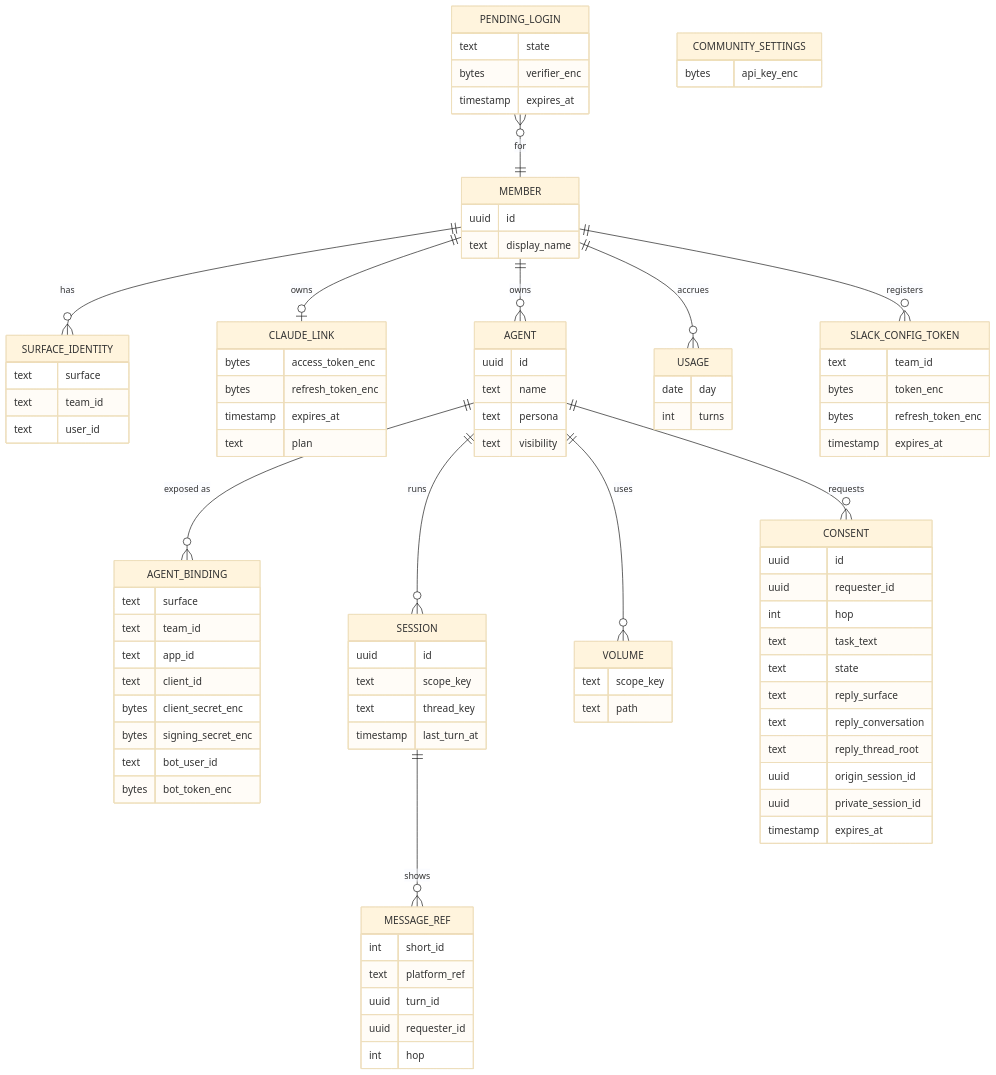
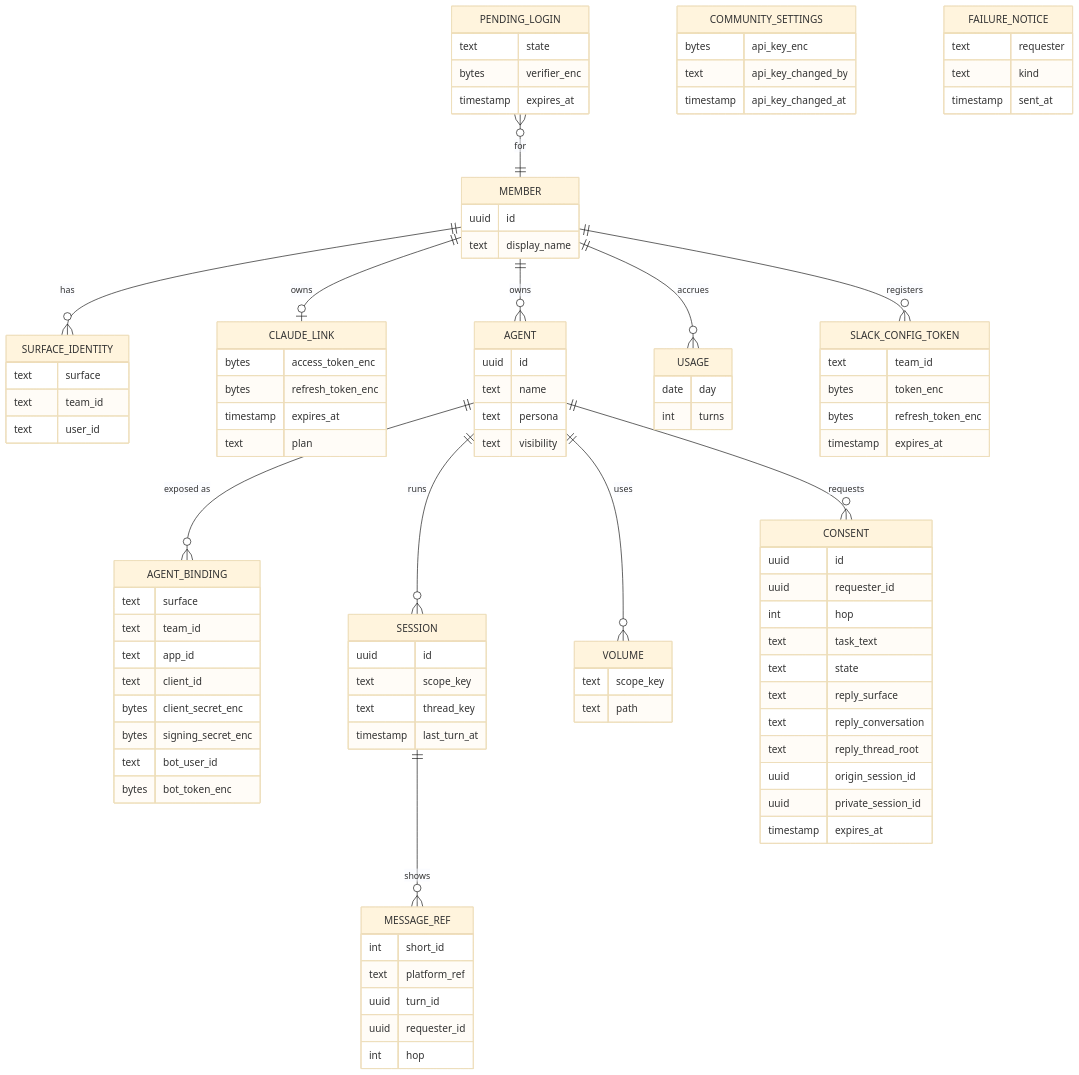
The seventh of 7 diagrams in docs/design.md (agentsky/agent-core), drawn with Mermaid (base theme) before and after one commit. The commit also changed other lines of this file and 17 other files, not shown here.

````diff
--- a/docs/design.md
+++ b/docs/design.md
@@ -711,5 +713,12 @@
     }
     COMMUNITY_SETTINGS {
         bytes api_key_enc
+        text api_key_changed_by
+        timestamp api_key_changed_at
+    }
+    FAILURE_NOTICE {
+        text requester
+        text kind
+        timestamp sent_at
     }
 ```
````
